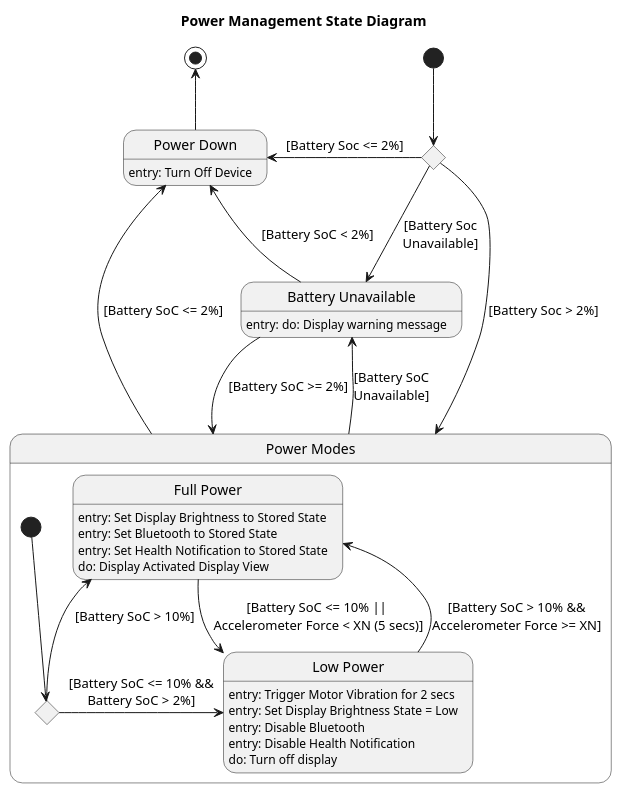
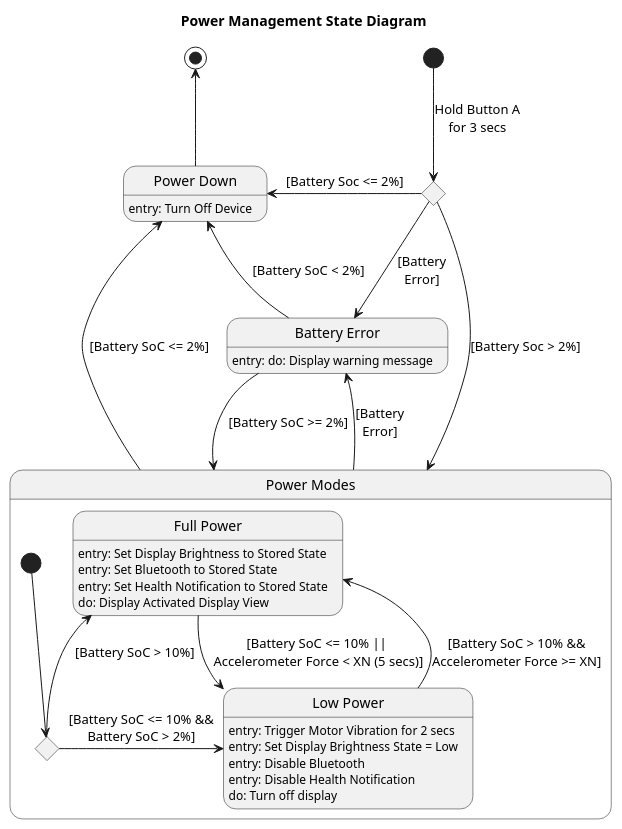
One commit to markroche92/sw-eng-smart-watch changed the diagram in uml/state_diagrams/power_management.plantuml. Above: the diagram before and after it, drawn with PlantUML. The commit also changed 5 other files, not shown here.

```diff
--- a/uml/state_diagrams/power_management.plantuml
+++ b/uml/state_diagrams/power_management.plantuml
@@ -1,41 +1,41 @@
 @startuml
 
 skinparam shadowing false
 
 title Power Management State Diagram
 
 state "Power Modes" as Pm {
     state "Full Power" as Fp : entry: Set Display Brightness to Stored State\nentry: Set Bluetooth to Stored State\nentry: Set Health Notification to Stored State\ndo: Display Activated Display View
     state "Low Power" as Lp : entry: Trigger Motor Vibration for 2 secs\nentry: Set Display Brightness State = Low\nentry: Disable Bluetooth\nentry: Disable Health Notification\ndo: Turn off display
 
     Fp -down-> Lp : [Battery SoC <= 10% ||\n Accelerometer Force < XN (5 secs)]
     Lp -up-> Fp : [Battery SoC > 10% &&\nAccelerometer Force >= XN]
     
     state Choice2 <<choice>>
     [*] --> Choice2
     Choice2 -left-> Fp : [Battery SoC > 10%]
     Choice2 -right-> Lp : [Battery SoC <= 10% &&\nBattery SoC > 2%]
 
 }
 
 state "Power Down" as Pd : entry: Turn Off Device
 
-state "Battery Unavailable" as Bu : entry: do: Display warning message
+state "Battery Error" as Bu : entry: do: Display warning message
 
 state Choice <<choice>>
-[*] --> Choice
-Choice -down-> Bu : [Battery Soc\nUnavailable]
+[*] --> Choice : Hold Button A\nfor 3 secs
+Choice -down-> Bu : [Battery\nError]
 Choice -left-> Pd : [Battery Soc <= 2%]
 Choice -down-> Pm : [Battery Soc > 2%]
 
 Bu -down-> Pm : [Battery SoC >= 2%]
-Pm -up-> Bu : [Battery SoC\nUnavailable]
+Pm -up-> Bu : [Battery\nError]
 
 Bu -down-> Pd : [Battery SoC < 2%]
 
 
 Pm -down-> Pd : [Battery SoC <= 2%]
 Pd -up-> [*]
 
 
 @enduml
```
